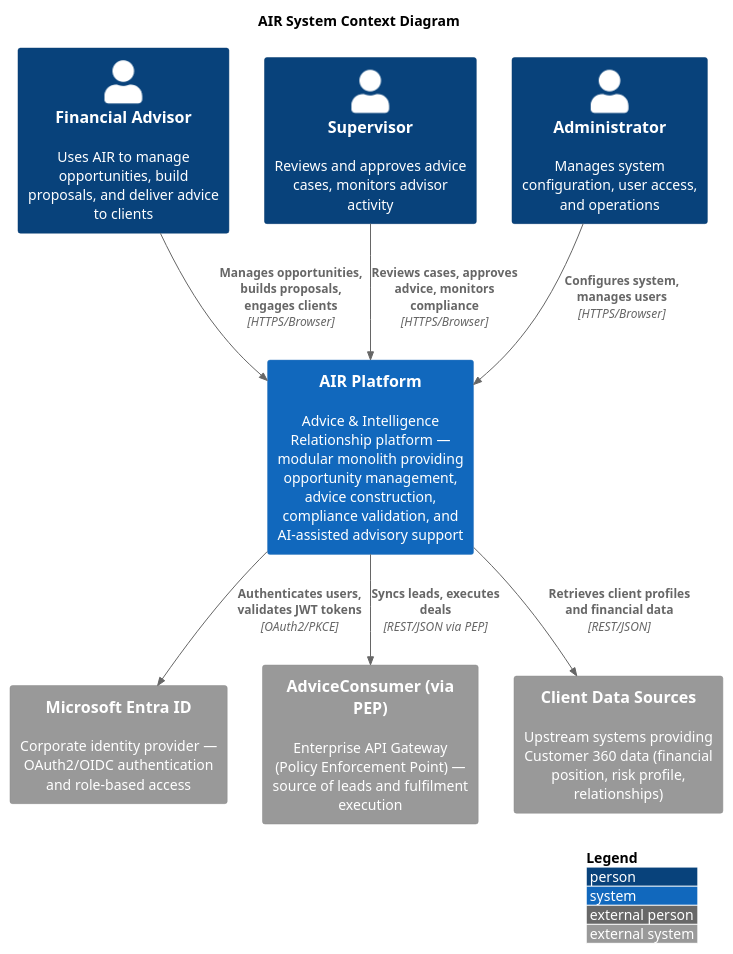
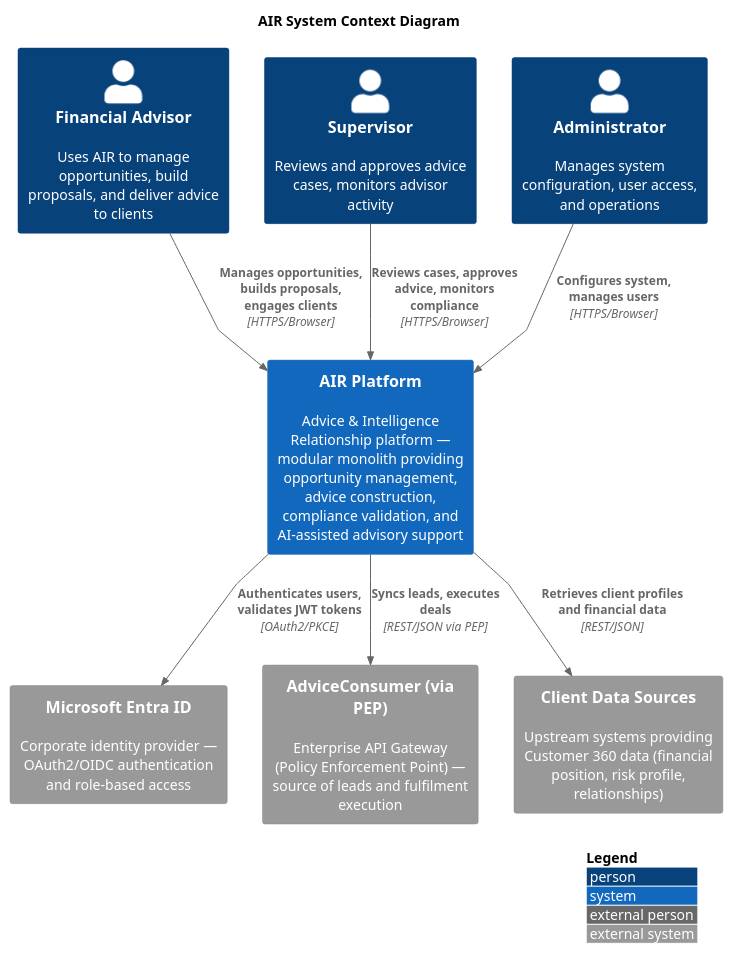
One commit to ChrisLangsfordEn/obsidian-vault changed the diagram in 03-Projects/AIR/SAD/Diagrams/Context.md. Above: the diagram before and after it, drawn with PlantUML. The commit also changed 5 other files, not shown here.

````diff
--- a/03-Projects/AIR/SAD/Diagrams/Context.md
+++ b/03-Projects/AIR/SAD/Diagrams/Context.md
@@ -1,33 +1,35 @@
 ```plantuml
 @startuml AIR_System_Context
 !include https://raw.githubusercontent.com/plantuml-stdlib/C4-PlantUML/master/C4_Context.puml
 
 LAYOUT_WITH_LEGEND()
+
+skinparam linetype polyline
 
 title AIR System Context Diagram
 
 ' === Tier 1: Actors (leftmost) ===
 Person(advisor, "Financial Advisor", "Uses AIR to manage opportunities, build proposals, and deliver advice to clients")
 Person(supervisor, "Supervisor", "Reviews and approves advice cases, monitors advisor activity")
 Person(admin, "Administrator", "Manages system configuration, user access, and operations")
 
 ' === Tier 2/3/4: Core System ===
 System(air, "AIR Platform", "Advice & Intelligence Relationship platform — modular monolith providing opportunity management, advice construction, compliance validation, and AI-assisted advisory support")
 
 ' === Tier 5: External Systems (rightmost) ===
 System_Ext(entraId, "Microsoft Entra ID", "Corporate identity provider — OAuth2/OIDC authentication and role-based access")
 System_Ext(pep, "AdviceConsumer (via PEP)", "Enterprise API Gateway (Policy Enforcement Point) — source of leads and fulfilment execution")
 System_Ext(clientSystems, "Client Data Sources", "Upstream systems providing Customer 360 data (financial position, risk profile, relationships)")
 
 ' === Relationships: Actors -> System ===
 Rel(advisor, air, "Manages opportunities, builds proposals, engages clients", "HTTPS/Browser")
 Rel(supervisor, air, "Reviews cases, approves advice, monitors compliance", "HTTPS/Browser")
 Rel(admin, air, "Configures system, manages users", "HTTPS/Browser")
 
 ' === Relationships: System -> External ===
 Rel(air, entraId, "Authenticates users, validates JWT tokens", "OAuth2/PKCE")
 Rel(air, pep, "Syncs leads, executes deals", "REST/JSON via PEP")
 Rel(air, clientSystems, "Retrieves client profiles and financial data", "REST/JSON")
 
 @enduml
 ```
````
